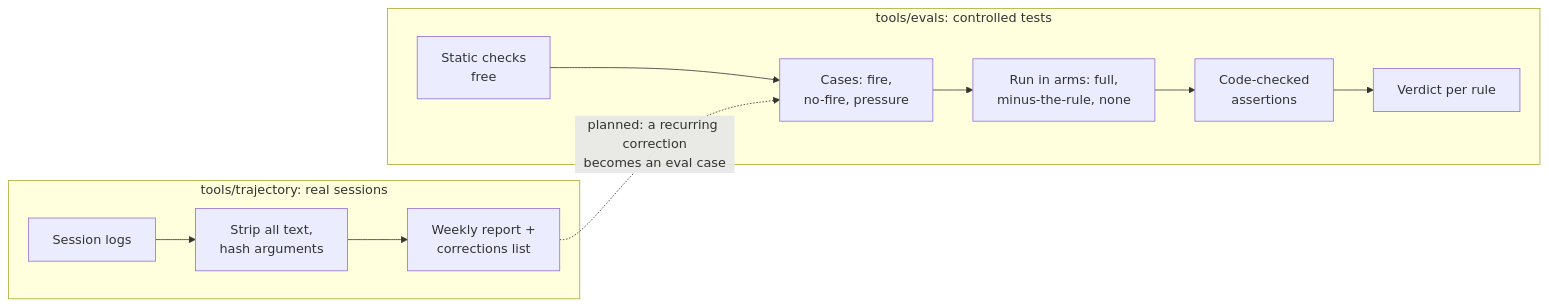
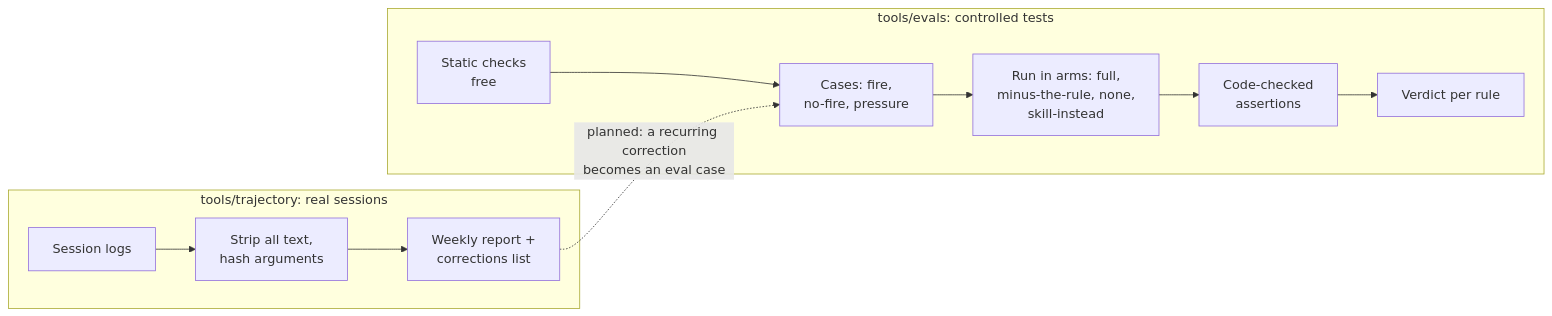
Before and after one commit to danyshs/agent-kit: the diagram in tools/README.md, drawn with Mermaid. The commit also changed other lines of this file and 85 other files, not shown here.

````diff
--- a/tools/README.md
+++ b/tools/README.md
@@ -54,10 +56,10 @@
 ```mermaid
 flowchart LR
     subgraph EV["tools/evals: controlled tests"]
-        E1["Static checks<br/>free"] --> E2["Cases: fire,<br/>no-fire, pressure"] --> E3["Run in arms: full,<br/>minus-the-rule, none"] --> E4["Code-checked<br/>assertions"] --> E5["Verdict per rule"]
+        E1["Static checks<br/>free"] --> E2["Cases: fire,<br/>no-fire, pressure"] --> E3["Run in arms: full,<br/>minus-the-rule, none,<br/>skill-instead"] --> E4["Code-checked<br/>assertions"] --> E5["Verdict per rule"]
     end
     subgraph TR["tools/trajectory: real sessions"]
         T1["Session logs"] --> T2["Strip all text,<br/>hash arguments"] --> T3["Weekly report +<br/>corrections list"]
     end
     T3 -. "planned: a recurring correction<br/>becomes an eval case" .-> E2
 ```
````
